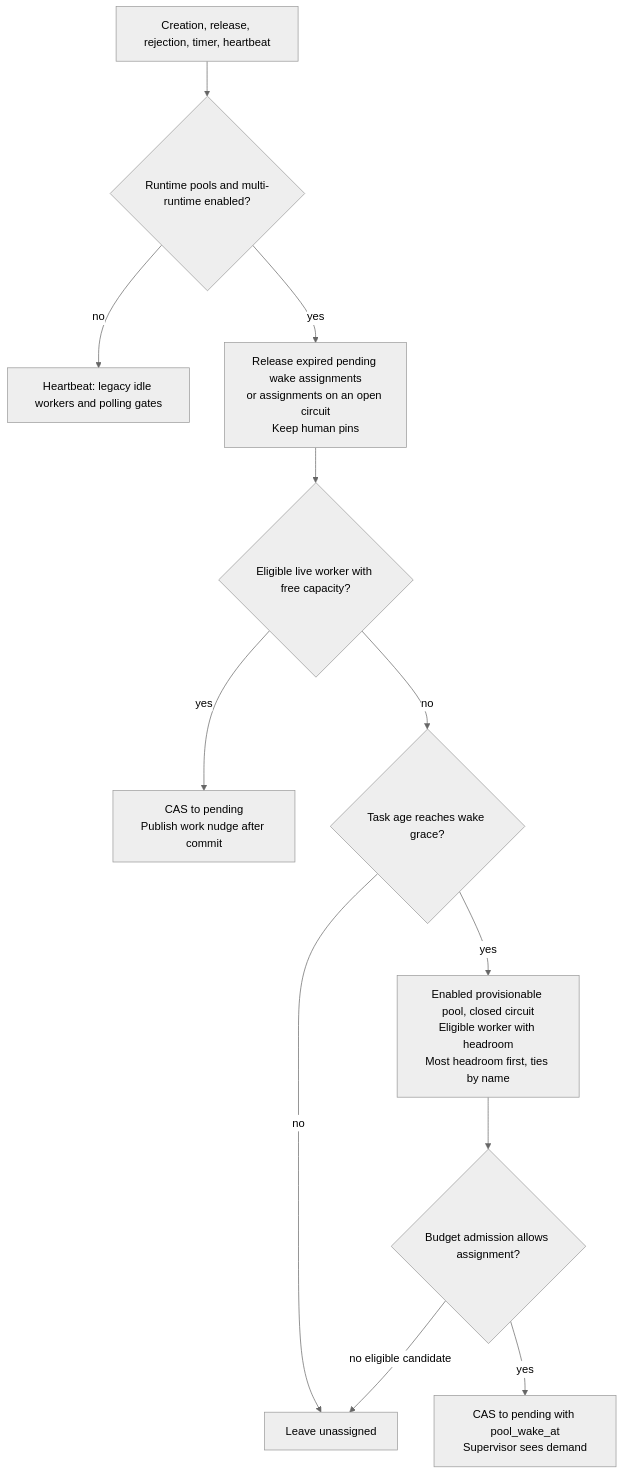
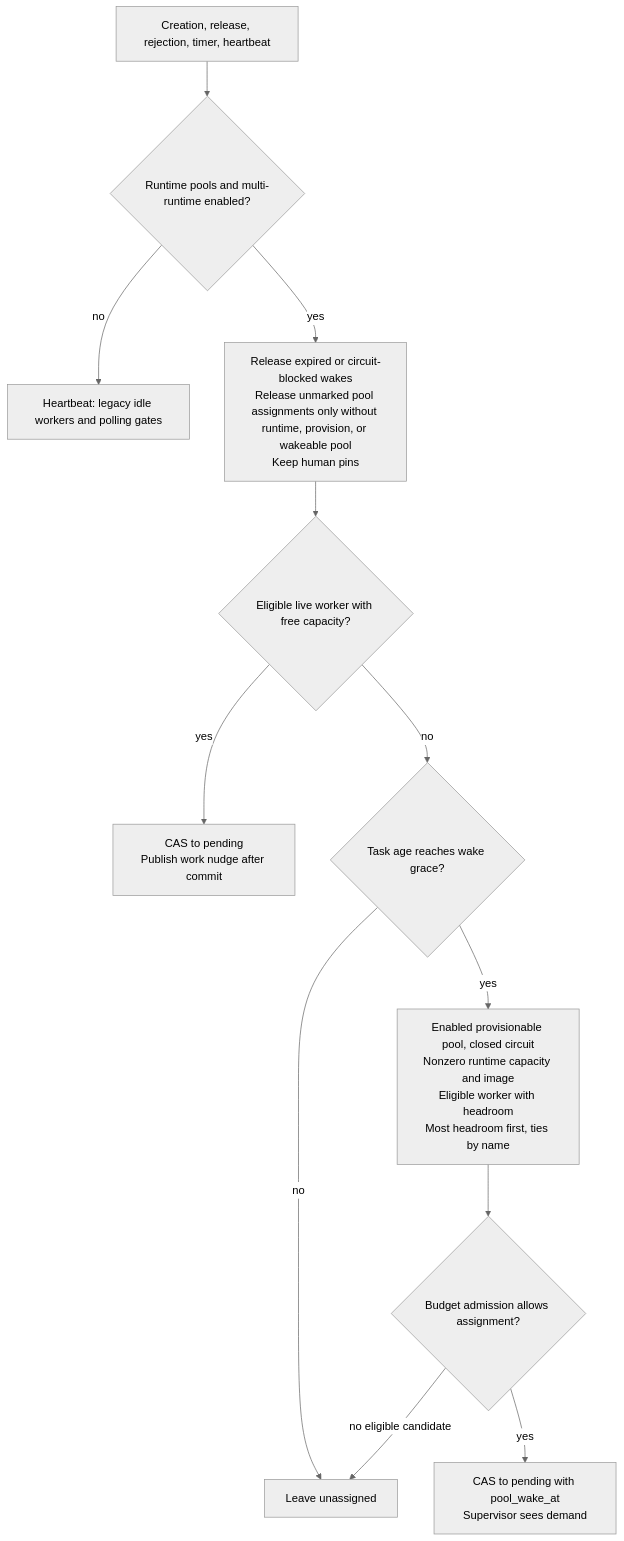
The fifth of 7 diagrams in runbooks/heartbeat-crash-recovery.md (desplega-ai/agent-swarm), drawn with Mermaid (neutral theme) before and after one commit. The commit also changed other lines of this file and 8 other files, not shown here.

Commit message:
fix(runtime-pools): warm routing needs an eligible runtime; reroute work stranded on unwakeable pools; keep offers to wakeable sleepers; zero-capacity or imageless pools do not wake

````diff
--- a/runbooks/heartbeat-crash-recovery.md
+++ b/runbooks/heartbeat-crash-recovery.md
@@ -528,14 +538,14 @@
 ```mermaid
 flowchart TD
   trigger["Creation, release, rejection, timer, heartbeat"] --> flag{"Runtime pools and multi-runtime enabled?"}
   flag -->|no| legacy["Heartbeat: legacy idle workers and polling gates"]
-  flag -->|yes| reroute["Release expired pending wake assignments<br/>or assignments on an open circuit<br/>Keep human pins"]
+  flag -->|yes| reroute["Release expired or circuit-blocked wakes<br/>Release unmarked pool assignments only without runtime, provision, or wakeable pool<br/>Keep human pins"]
   reroute --> warm{"Eligible live worker with free capacity?"}
   warm -->|yes| assign["CAS to pending<br/>Publish work nudge after commit"]
   warm -->|no| grace{"Task age reaches wake grace?"}
   grace -->|no| queued["Leave unassigned"]
-  grace -->|yes| wake["Enabled provisionable pool, closed circuit<br/>Eligible worker with headroom<br/>Most headroom first, ties by name"]
+  grace -->|yes| wake["Enabled provisionable pool, closed circuit<br/>Nonzero runtime capacity and image<br/>Eligible worker with headroom<br/>Most headroom first, ties by name"]
   wake --> budget{"Budget admission allows assignment?"}
   budget -->|yes| mark["CAS to pending with pool_wake_at<br/>Supervisor sees demand"]
   budget -->|no eligible candidate| queued
 ```
````
